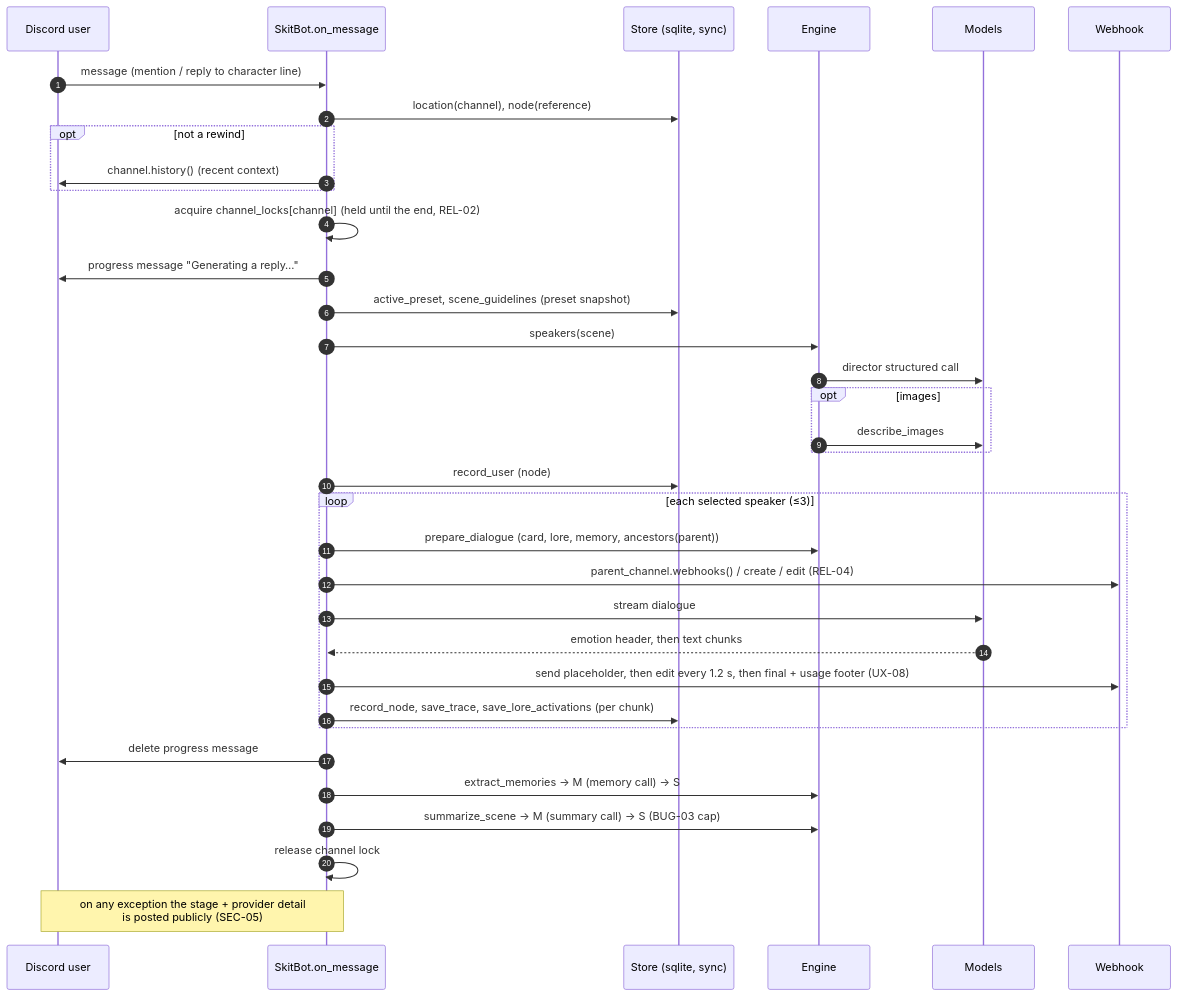
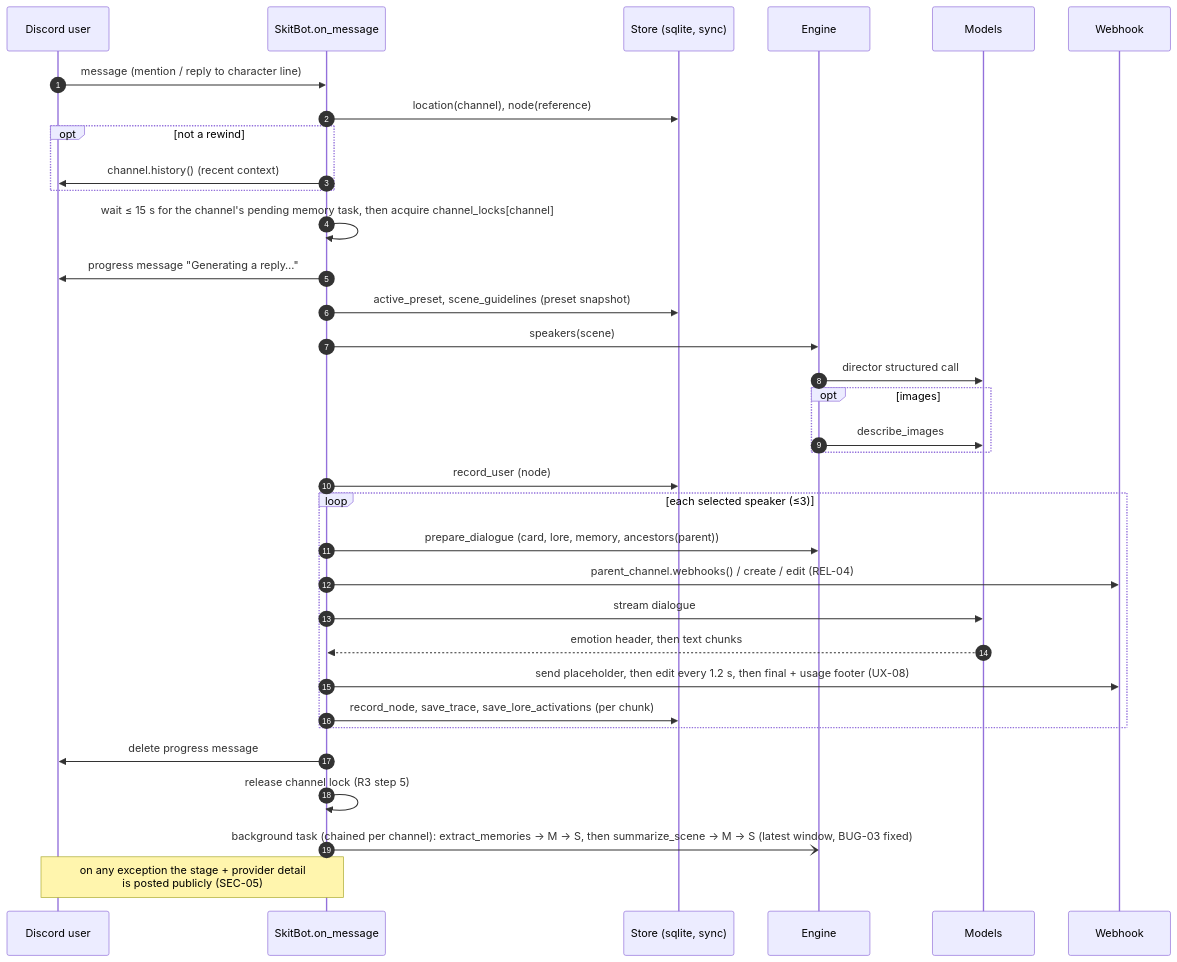
One commit to yor42/llmcord changed the second of 3 diagrams in docs/engineering/system-map.md. Above: the diagram before and after it, drawn with Mermaid. The commit also changed other lines of this file and 4 other files, not shown here.

First line of the commit message:
R3 step 6: log slow sqlite calls (REL-01 measurement)

````diff
--- a/docs/engineering/system-map.md
+++ b/docs/engineering/system-map.md
@@ -61,37 +61,36 @@
 ```mermaid
 sequenceDiagram
   autonumber
   participant U as Discord user
   participant B as SkitBot.on_message
   participant S as Store (sqlite, sync)
   participant E as Engine
   participant M as Models
   participant W as Webhook
   U->>B: message (mention / reply to character line)
   B->>S: location(channel), node(reference)
   opt not a rewind
     B->>U: channel.history() (recent context)
   end
-  B->>B: acquire channel_locks[channel] (held until the end, REL-02)
+  B->>B: wait ≤ 15 s for the channel's pending memory task, then acquire channel_locks[channel]
   B->>U: progress message "Generating a reply…"
   B->>S: active_preset, scene_guidelines (preset snapshot)
   B->>E: speakers(scene)
   E->>M: director structured call
   opt images
     E->>M: describe_images
   end
   B->>S: record_user (node)
   loop each selected speaker (≤3)
     B->>E: prepare_dialogue (card, lore, memory, ancestors(parent))
     B->>W: parent_channel.webhooks() / create / edit (REL-04)
     B->>M: stream dialogue
     M-->>B: emotion header, then text chunks
     B->>W: send placeholder, then edit every 1.2 s, then final + usage footer (UX-08)
     B->>S: record_node, save_trace, save_lore_activations (per chunk)
   end
   B->>U: delete progress message
-  B->>E: extract_memories → M (memory call) → S
-  B->>E: summarize_scene → M (summary call) → S (BUG-03 cap)
-  B->>B: release channel lock
+  B->>B: release channel lock (R3 step 5)
+  B-)E: background task (chained per channel): extract_memories → M → S, then summarize_scene → M → S (latest window, BUG-03 fixed)
   Note over B,U: on any exception the stage + provider detail<br/>is posted publicly (SEC-05)
 ```
````
